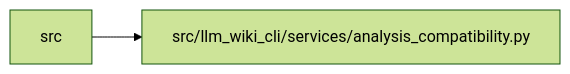
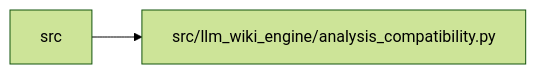
One commit to Denissvgn/python-wiki-llm changed the diagram in docs/llm_wiki/modules/analysis_compatibility.md. Above: the diagram before and after it, drawn with Mermaid (forest theme). The commit also changed other lines of this file and 1058 other files, not shown here.

````diff
--- a/docs/llm_wiki/modules/analysis_compatibility.md
+++ b/docs/llm_wiki/modules/analysis_compatibility.md
@@ -29,7 +29,7 @@
 ```mermaid
 flowchart LR
     n0["src"]
-    n1["src/llm_wiki_cli/services/analysis_compatibility.py"]
+    n1["src/llm_wiki_engine/analysis_compatibility.py"]
     n0 --> n1
     click n1 "../modules/analysis_compatibility.md"
 ```
````
